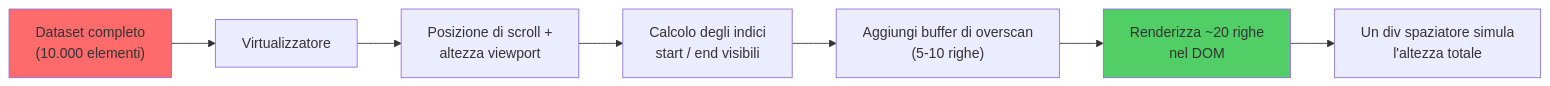
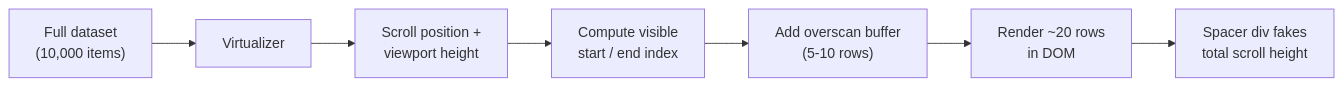
Before and after one commit to BabaScience/react-guides: the fourth of 5 diagrams in arguments/chapters/it/09-performance-optimization.md, drawn with Mermaid. The commit also changed other lines of this file and 29 other files, not shown here.

First line of the commit message:
Bring React FR/IT translations to full English parity + theme-safe diagrams

````diff
--- a/arguments/chapters/it/09-performance-optimization.md
+++ b/arguments/chapters/it/09-performance-optimization.md
@@ -182,12 +1177,10 @@
 ```mermaid
 flowchart LR
-    A["Dataset completo<br/>(10.000 elementi)"] --> B["Virtualizzatore"]
-    B --> C["Posizione di scroll +<br/>altezza viewport"]
-    C --> D["Calcolo degli indici<br/>start / end visibili"]
-    D --> E["Aggiungi buffer di overscan<br/>(5-10 righe)"]
-    E --> F["Renderizza ~20 righe<br/>nel DOM"]
-    F --> G["Un div spaziatore simula<br/>l'altezza totale"]
+    A["Full dataset<br/>(10,000 items)"] --> B["Virtualizer"]
+    B --> C["Scroll position +<br/>viewport height"]
+    C --> D["Compute visible<br/>start / end index"]
+    D --> E["Add overscan buffer<br/>(5-10 rows)"]
+    E --> F["Render ~20 rows<br/>in DOM"]
+    F --> G["Spacer div fakes<br/>total scroll height"]
 
-    style A fill:#ff6b6b
-    style F fill:#51cf66
 ```
````
